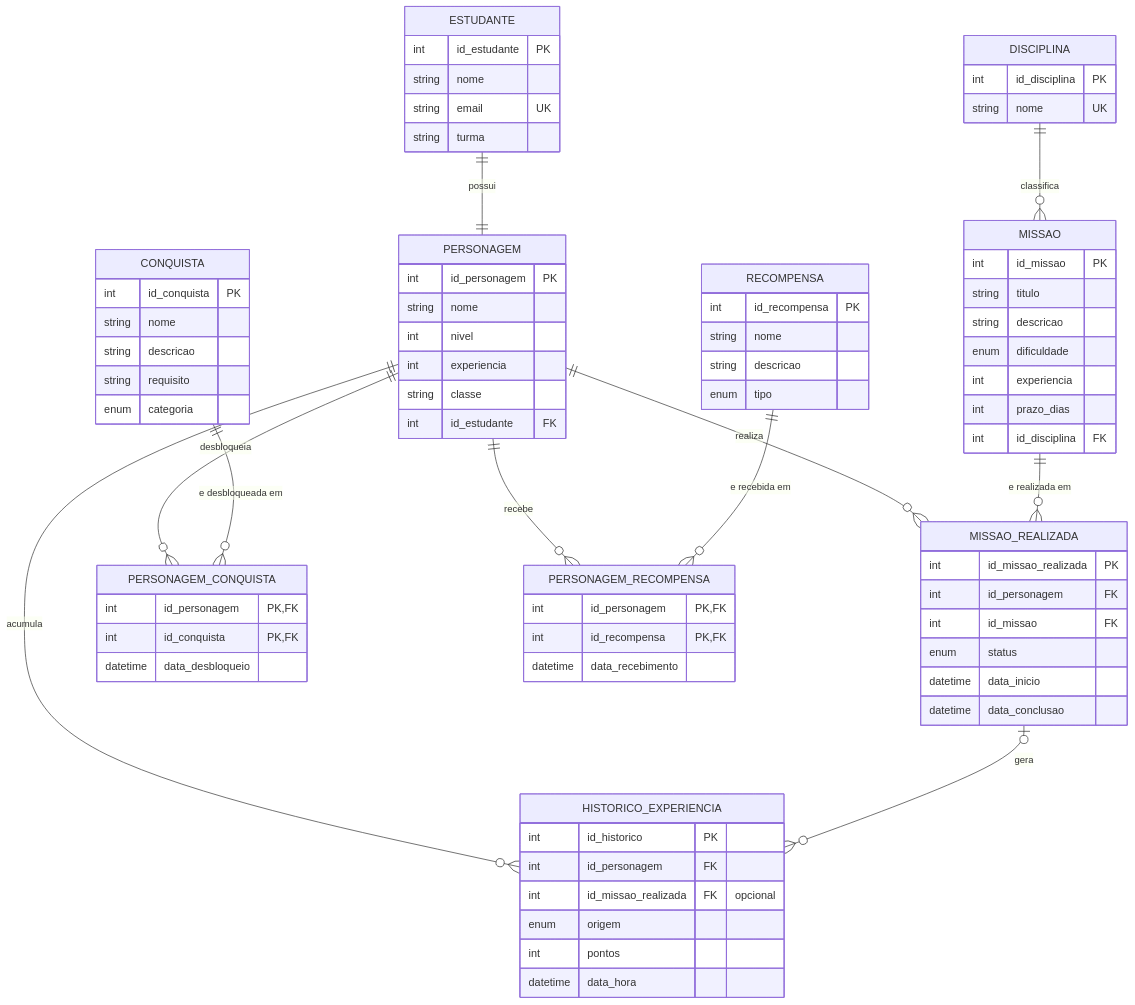
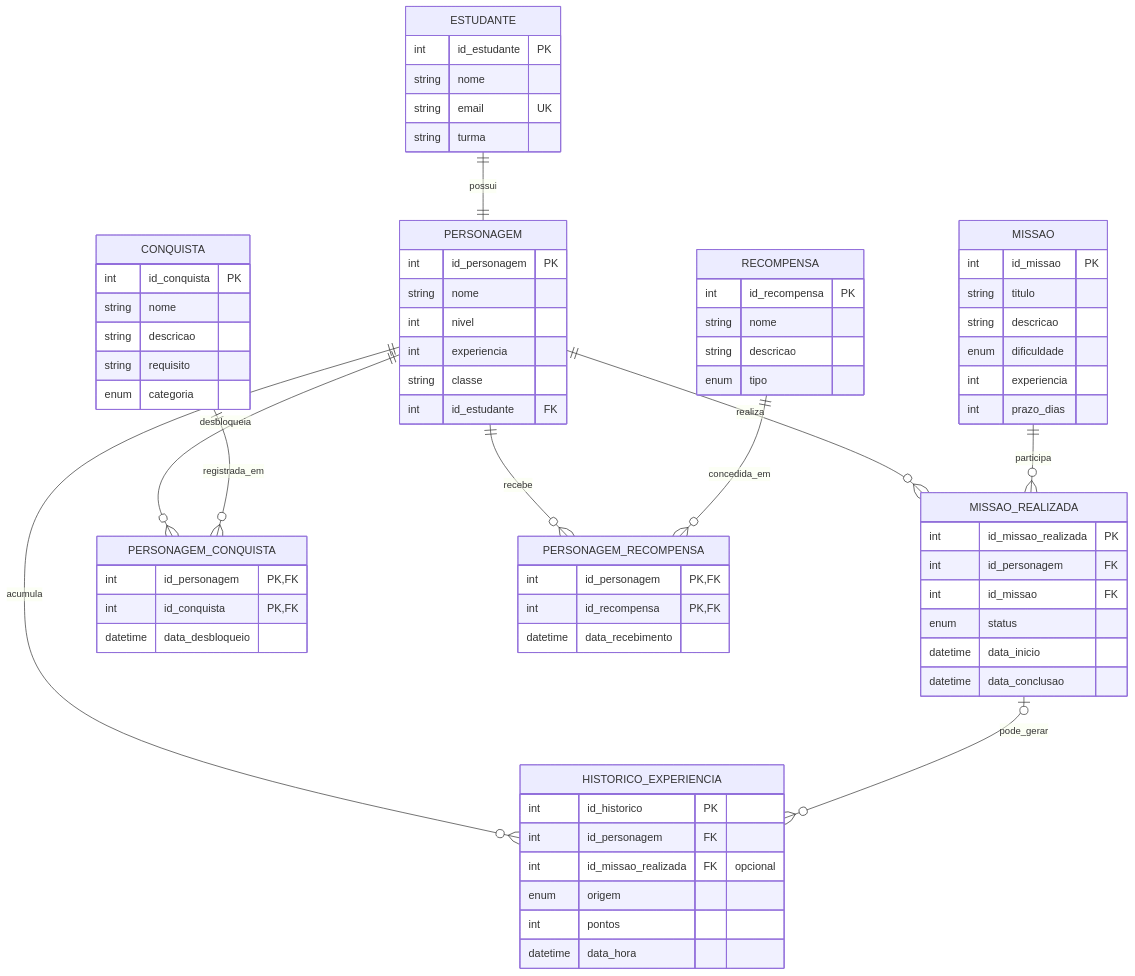
One commit to aleff-lohan/Banco-de-Dados changed the diagram in der.md. Above: the diagram before and after it, drawn with Mermaid. The commit also changed other lines of this file and 4 other files, not shown here.

````diff
--- a/der.md
+++ b/der.md
@@ -3,80 +7,74 @@
 ```mermaid
 erDiagram
     ESTUDANTE {
         int id_estudante PK
         string nome
         string email UK
         string turma
     }
     PERSONAGEM {
         int id_personagem PK
         string nome
         int nivel
         int experiencia
         string classe
         int id_estudante FK
     }
-    DISCIPLINA {
-        int id_disciplina PK
-        string nome UK
-    }
     MISSAO {
         int id_missao PK
         string titulo
         string descricao
         enum dificuldade
         int experiencia
         int prazo_dias
-        int id_disciplina FK
     }
     CONQUISTA {
         int id_conquista PK
         string nome
         string descricao
         string requisito
         enum categoria
     }
     RECOMPENSA {
         int id_recompensa PK
         string nome
         string descricao
         enum tipo
     }
     MISSAO_REALIZADA {
         int id_missao_realizada PK
         int id_personagem FK
         int id_missao FK
         enum status
         datetime data_inicio
         datetime data_conclusao
     }
     PERSONAGEM_CONQUISTA {
         int id_personagem PK, FK
         int id_conquista PK, FK
         datetime data_desbloqueio
     }
     PERSONAGEM_RECOMPENSA {
         int id_personagem PK, FK
         int id_recompensa PK, FK
         datetime data_recebimento
     }
     HISTORICO_EXPERIENCIA {
         int id_historico PK
         int id_personagem FK
         int id_missao_realizada FK "opcional"
         enum origem
         int pontos
         datetime data_hora
     }
 
-    ESTUDANTE ||--|| PERSONAGEM : "possui"
-    DISCIPLINA ||--o{ MISSAO : "classifica"
-    PERSONAGEM ||--o{ MISSAO_REALIZADA : "realiza"
-    MISSAO ||--o{ MISSAO_REALIZADA : "e realizada em"
-    PERSONAGEM ||--o{ PERSONAGEM_CONQUISTA : "desbloqueia"
-    CONQUISTA ||--o{ PERSONAGEM_CONQUISTA : "e desbloqueada em"
-    PERSONAGEM ||--o{ PERSONAGEM_RECOMPENSA : "recebe"
-    RECOMPENSA ||--o{ PERSONAGEM_RECOMPENSA : "e recebida em"
-    PERSONAGEM ||--o{ HISTORICO_EXPERIENCIA : "acumula"
-    MISSAO_REALIZADA |o--o{ HISTORICO_EXPERIENCIA : "gera"
+    ESTUDANTE ||--|| PERSONAGEM : possui
+    PERSONAGEM ||--o{ MISSAO_REALIZADA : realiza
+    MISSAO ||--o{ MISSAO_REALIZADA : participa
+    PERSONAGEM ||--o{ PERSONAGEM_CONQUISTA : desbloqueia
+    CONQUISTA ||--o{ PERSONAGEM_CONQUISTA : registrada_em
+    PERSONAGEM ||--o{ PERSONAGEM_RECOMPENSA : recebe
+    RECOMPENSA ||--o{ PERSONAGEM_RECOMPENSA : concedida_em
+    PERSONAGEM ||--o{ HISTORICO_EXPERIENCIA : acumula
+    MISSAO_REALIZADA |o--o{ HISTORICO_EXPERIENCIA : pode_gerar
 ```
````
